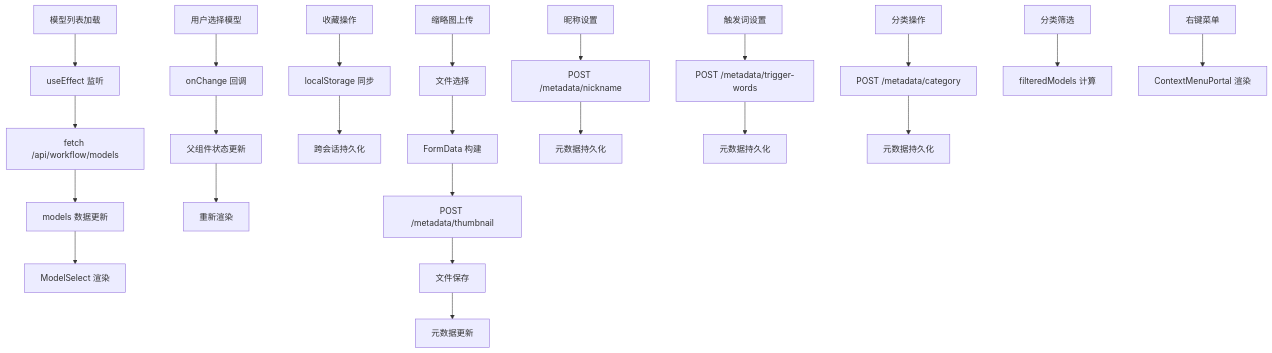
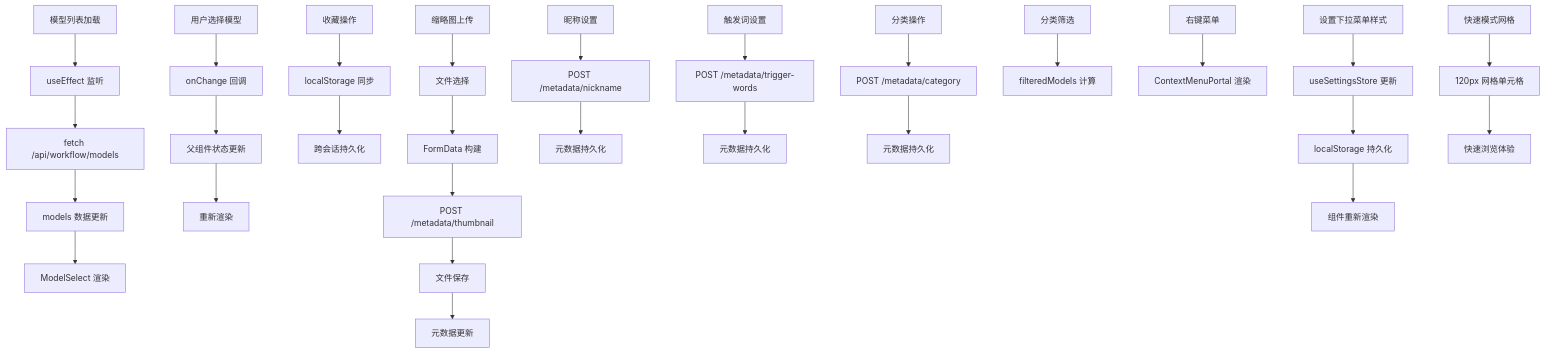
Before and after one commit to billye220670/CorineKit_Pix2Real: the fourth of 7 diagrams in .qoder/repowiki/zh/content/Model Select Component.md, drawn with Mermaid. The commit also changed other lines of this file and 14 other files, not shown here.

````diff
--- a/.qoder/repowiki/zh/content/Model Select Component.md
+++ b/.qoder/repowiki/zh/content/Model Select Component.md
@@ -268,25 +303,30 @@
 ```mermaid
 flowchart TD
 A[模型列表加载] --> B[useEffect 监听]
 B --> C[fetch /api/workflow/models]
 C --> D[models 数据更新]
 D --> E[ModelSelect 渲染]
 F[用户选择模型] --> G[onChange 回调]
 G --> H[父组件状态更新]
 H --> I[重新渲染]
 J[收藏操作] --> K[localStorage 同步]
 K --> L[跨会话持久化]
 M[缩略图上传] --> N[文件选择]
 N --> O[FormData 构建]
 O --> P[POST /metadata/thumbnail]
 P --> Q[文件保存]
 Q --> R[元数据更新]
 S[昵称设置] --> T[POST /metadata/nickname]
 T --> U[元数据持久化]
 V[触发词设置] --> W[POST /metadata/trigger-words]
 W --> X[元数据持久化]
 Y[分类操作] --> Z[POST /metadata/category]
 Z --> AA[元数据持久化]
 BB[分类筛选] --> CC[filteredModels 计算]
 DD[右键菜单] --> EE[ContextMenuPortal 渲染]
+FF[设置下拉菜单样式] --> GG[useSettingsStore 更新]
+GG --> HH[localStorage 持久化]
+HH --> II[组件重新渲染]
+JJ[快速模式网格] --> KK[120px 网格单元格]
+KK --> LL[快速浏览体验]
 ```
````
